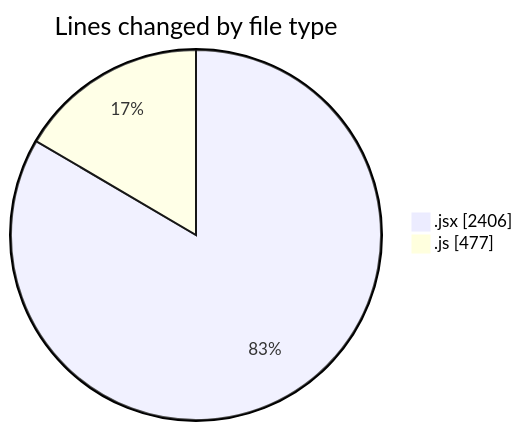
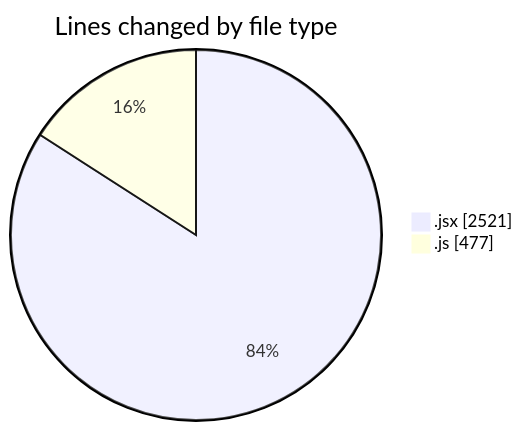
Before and after one commit to nxtqubesakshisongat/code-tracking: the first of 2 diagrams in 2026-01-20/nxtqube_webapp/README.md, drawn with Mermaid. The commit also changed other lines of this file and 1 other file, not shown here.

````diff
--- a/2026-01-20/nxtqube_webapp/README.md
+++ b/2026-01-20/nxtqube_webapp/README.md
@@ -22,6 +23,6 @@
 ```mermaid
 pie showData
 title Lines changed by file type
-".jsx" : 2406
+".jsx" : 2521
 ".js" : 477
 ```
````
